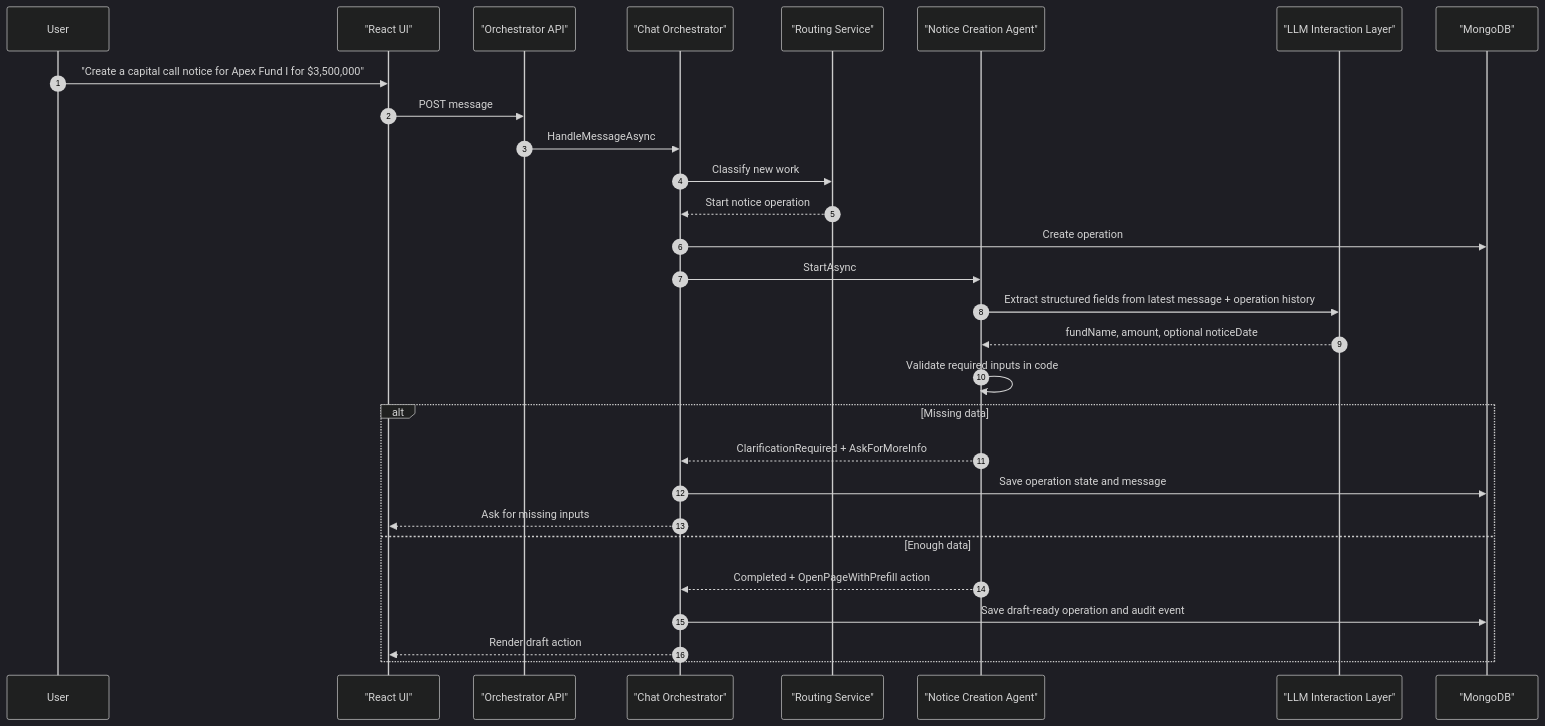
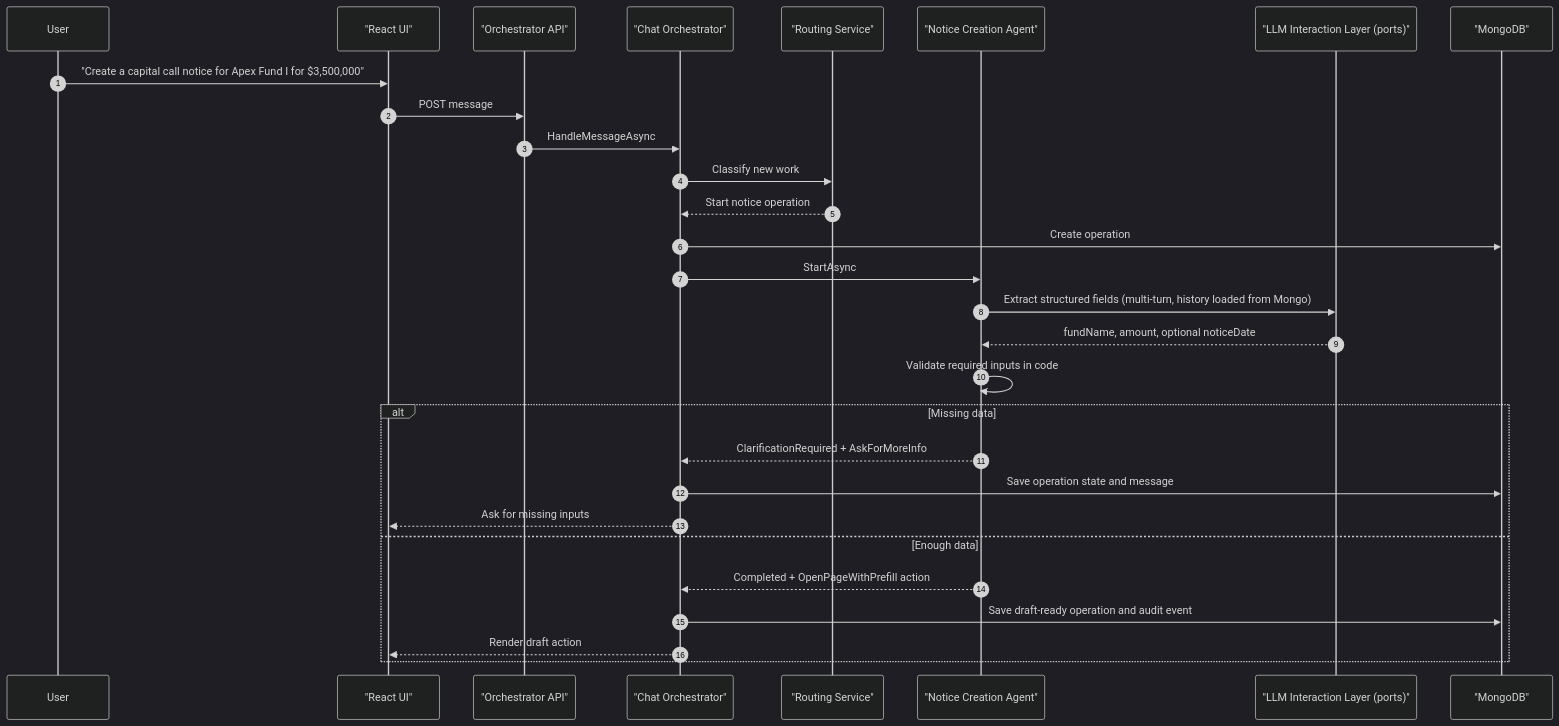
One commit to naveenpatilcbit/agentic-orchestrator changed the fifth of 15 diagrams in docs/system-design.md. Above: the diagram before and after it, drawn with Mermaid (dark theme). The commit also changed other lines of this file, not shown here.

Commit message:
Update system design doc for clean architecture and multi-turn

````diff
--- a/docs/system-design.md
+++ b/docs/system-design.md
@@ -429,33 +444,33 @@
 ```mermaid
 sequenceDiagram
     autonumber
     participant U as User
     participant UI as "React UI"
     participant API as "Orchestrator API"
     participant CHAT as "Chat Orchestrator"
     participant ROUTER as "Routing Service"
     participant AGENT as "Notice Creation Agent"
-    participant LLM as "LLM Interaction Layer"
+    participant LLM as "LLM Interaction Layer (ports)"
     participant DB as "MongoDB"
 
     U->>UI: "Create a capital call notice for Apex Fund I for $3,500,000"
     UI->>API: POST message
     API->>CHAT: HandleMessageAsync
     CHAT->>ROUTER: Classify new work
     ROUTER-->>CHAT: Start notice operation
     CHAT->>DB: Create operation
     CHAT->>AGENT: StartAsync
-    AGENT->>LLM: Extract structured fields from latest message + operation history
+    AGENT->>LLM: Extract structured fields (multi-turn, history loaded from Mongo)
     LLM-->>AGENT: fundName, amount, optional noticeDate
     AGENT->>AGENT: Validate required inputs in code
 
     alt Missing data
         AGENT-->>CHAT: ClarificationRequired + AskForMoreInfo
         CHAT->>DB: Save operation state and message
         CHAT-->>UI: Ask for missing inputs
     else Enough data
         AGENT-->>CHAT: Completed + OpenPageWithPrefill action
         CHAT->>DB: Save draft-ready operation and audit event
         CHAT-->>UI: Render draft action
     end
 ```
````
